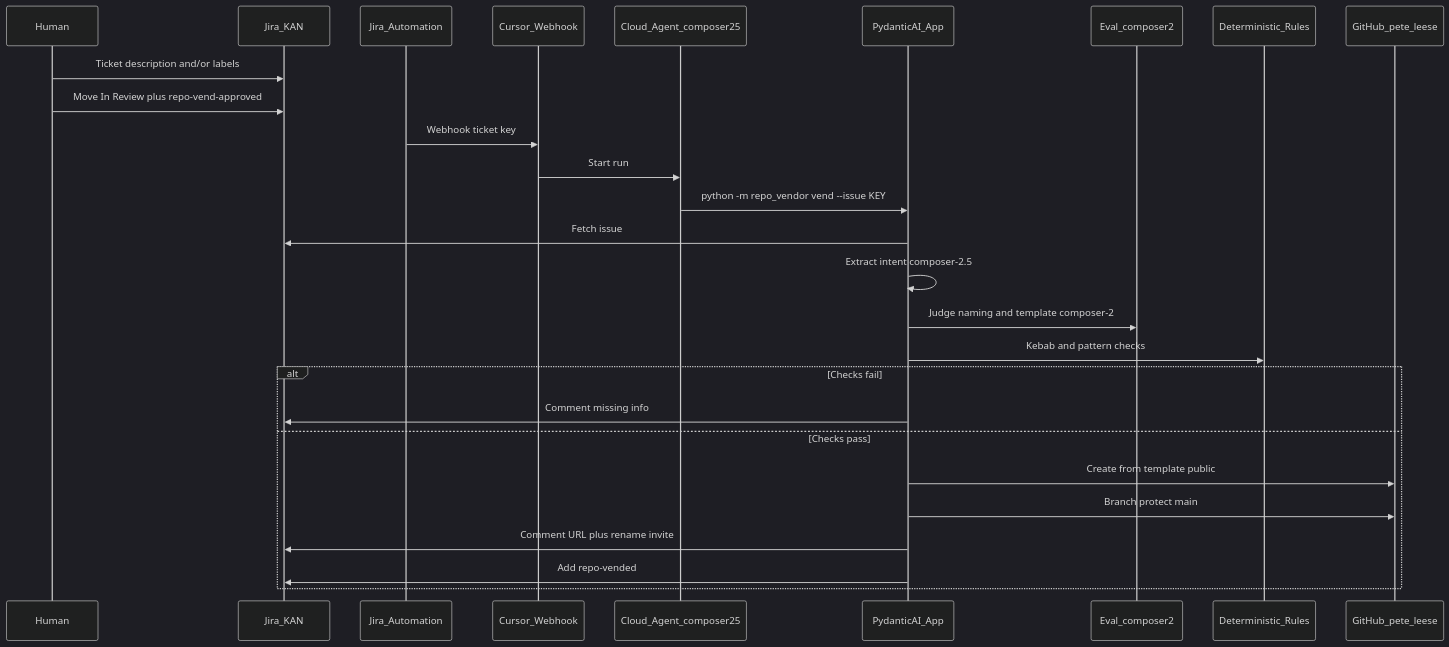
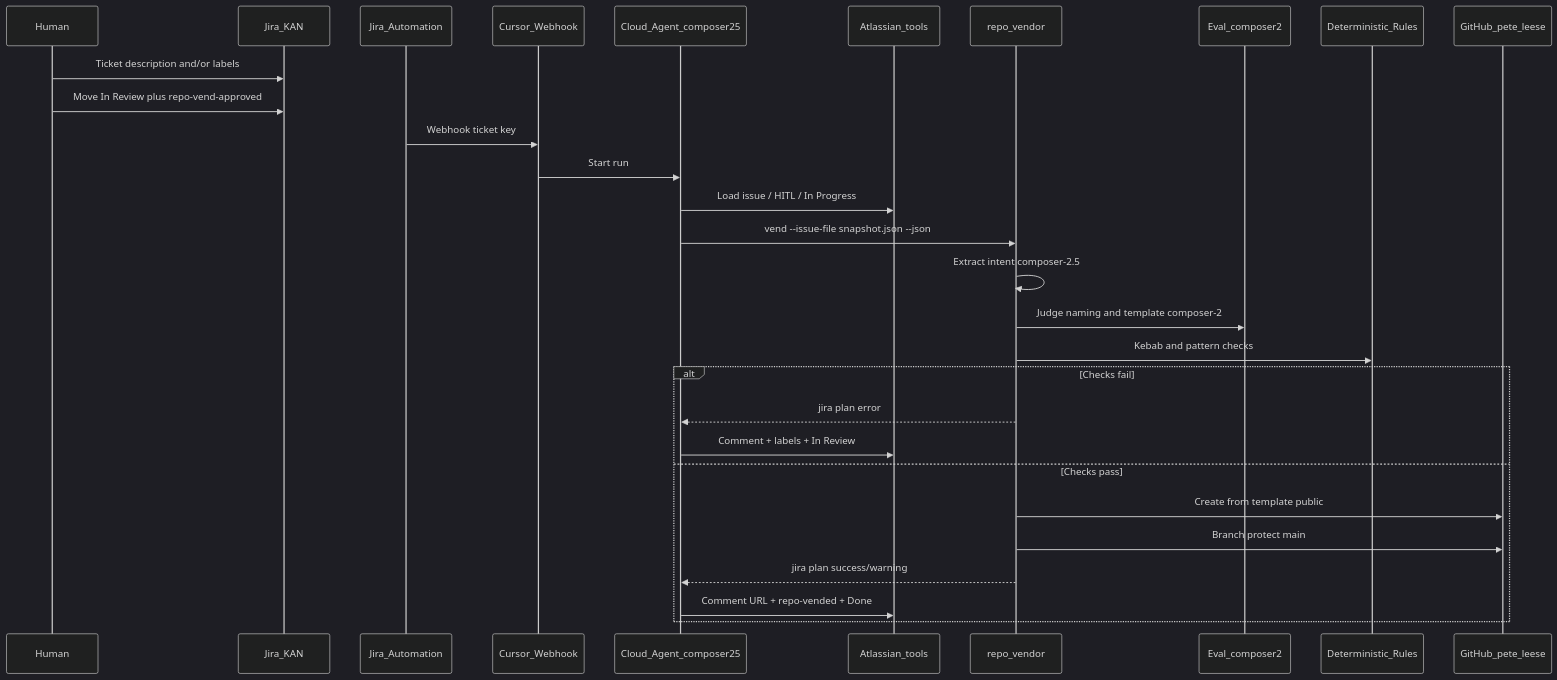
Before and after one commit to pete-leese/agentic-repo-vending: the diagram in README.md, drawn with Mermaid (dark theme). The commit also changed other lines of this file and 13 other files, not shown here.

First line of the commit message:
Jira via Atlassian tools: status, labels, and vend JSON plan (#3)

````diff
--- a/README.md
+++ b/README.md
@@ -24,30 +24,32 @@
 ```mermaid
 sequenceDiagram
   participant Human
   participant Jira as Jira_KAN
   participant JiraAuto as Jira_Automation
   participant CursorWH as Cursor_Webhook
   participant CloudAgent as Cloud_Agent_composer25
-  participant App as PydanticAI_App
+  participant Atlassian as Atlassian_tools
+  participant App as repo_vendor
   participant Eval as Eval_composer2
   participant Rules as Deterministic_Rules
   participant GitHub as GitHub_pete_leese
 
   Human->>Jira: Ticket description and/or labels
   Human->>Jira: Move In Review plus repo-vend-approved
   JiraAuto->>CursorWH: Webhook ticket key
   CursorWH->>CloudAgent: Start run
-  CloudAgent->>App: python -m repo_vendor vend --issue KEY
-  App->>Jira: Fetch issue
+  CloudAgent->>Atlassian: Load issue / HITL / In Progress
+  CloudAgent->>App: vend --issue-file snapshot.json --json
   App->>App: Extract intent composer-2.5
   App->>Eval: Judge naming and template composer-2
   App->>Rules: Kebab and pattern checks
   alt Checks fail
-    App->>Jira: Comment missing info
+    App-->>CloudAgent: jira plan error
+    CloudAgent->>Atlassian: Comment + labels + In Review
   else Checks pass
     App->>GitHub: Create from template public
     App->>GitHub: Branch protect main
-    App->>Jira: Comment URL plus rename invite
-    App->>Jira: Add repo-vended
+    App-->>CloudAgent: jira plan success/warning
+    CloudAgent->>Atlassian: Comment URL + repo-vended + Done
   end
 ```
````
